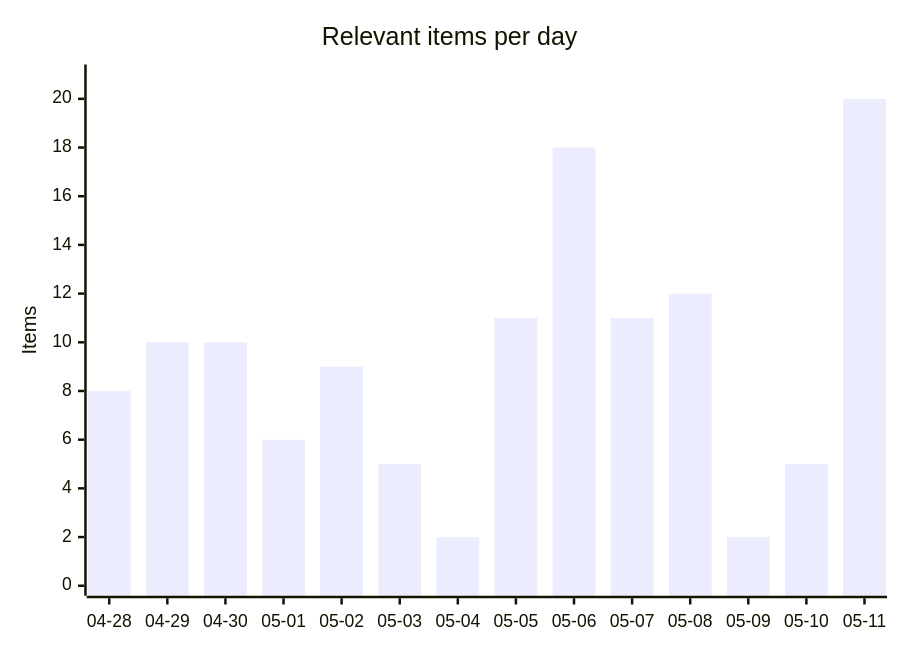
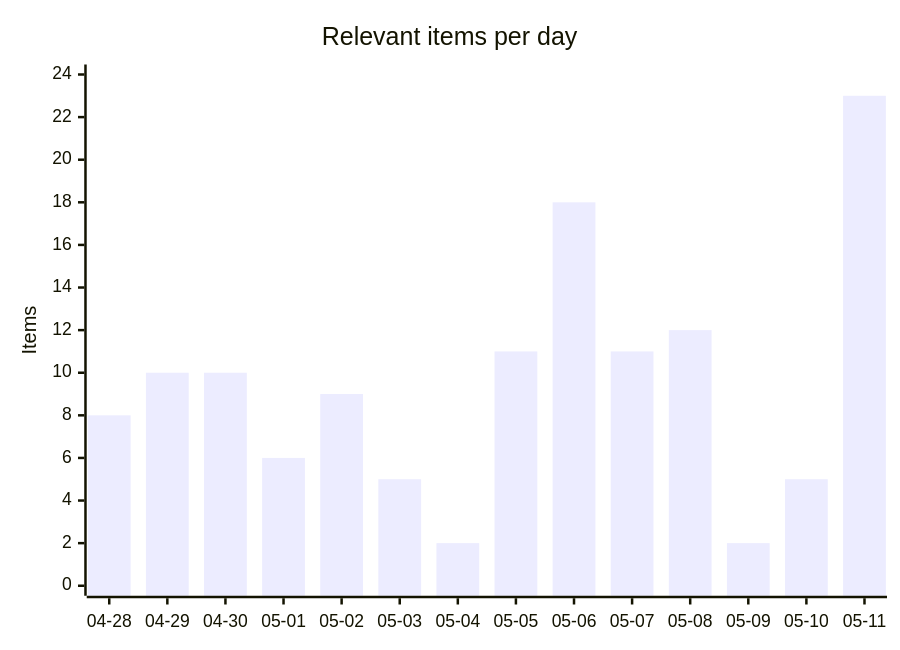
The first of 4 diagrams in README.md (martinbalfanz/social-scanner-reports), drawn with Mermaid before and after one commit. The commit also changed other lines of this file and 2 other files, not shown here.

````diff
--- a/README.md
+++ b/README.md
@@ -30,7 +30,7 @@
 ```mermaid
 xychart-beta
     title "Relevant items per day"
     x-axis ["04-28", "04-29", "04-30", "05-01", "05-02", "05-03", "05-04", "05-05", "05-06", "05-07", "05-08", "05-09", "05-10", "05-11"]
-    y-axis "Items" 0 --> 21
-    bar [8, 10, 10, 6, 9, 5, 2, 11, 18, 11, 12, 2, 5, 20]
+    y-axis "Items" 0 --> 24
+    bar [8, 10, 10, 6, 9, 5, 2, 11, 18, 11, 12, 2, 5, 23]
 ```
````
